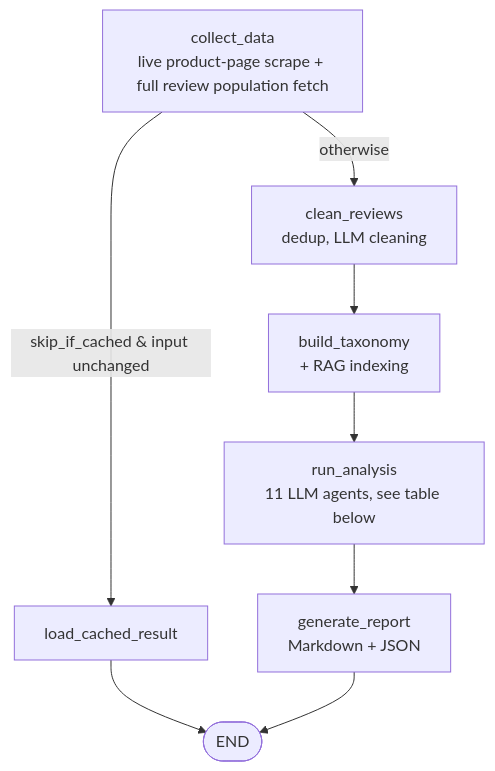
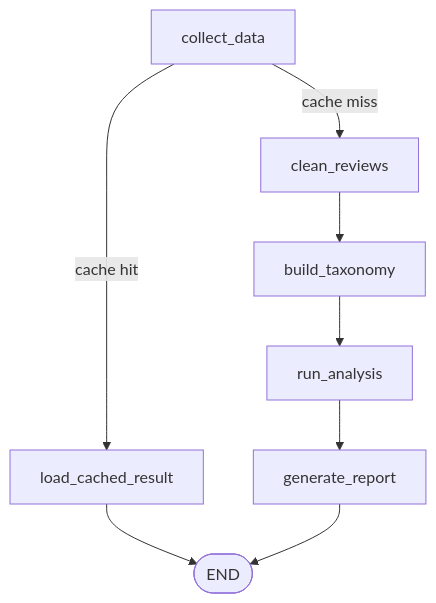
The diagram in README.md (dianakang/voc-intelligence-platform), drawn with Mermaid before and after one commit. The commit also changed other lines of this file, not shown here.

First line of the commit message:
Simplify README diagram and remove em dashes in favor of bullet points

````diff
--- a/README.md
+++ b/README.md
@@ -9,10 +15,10 @@
 ```mermaid
 flowchart TD
-    A["collect_data\nlive product-page scrape + full review population fetch"] -->|"skip_if_cached & input unchanged"| B["load_cached_result"]
-    A -->|"otherwise"| C["clean_reviews\ndedup, LLM cleaning"]
-    C --> D["build_taxonomy\n+ RAG indexing"]
-    D --> E["run_analysis\n11 LLM agents, see table below"]
-    E --> F["generate_report\nMarkdown + JSON"]
-    B --> G(["END"])
+    A[collect_data] -->|cache hit| B[load_cached_result]
+    A -->|cache miss| C[clean_reviews]
+    C --> D[build_taxonomy]
+    D --> E[run_analysis]
+    E --> F[generate_report]
+    B --> G([END])
     F --> G
 ```
````
